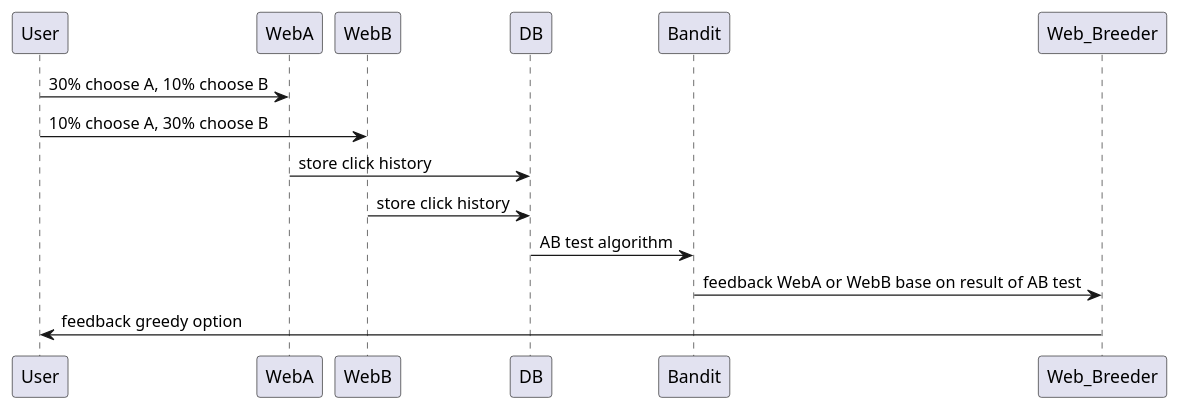
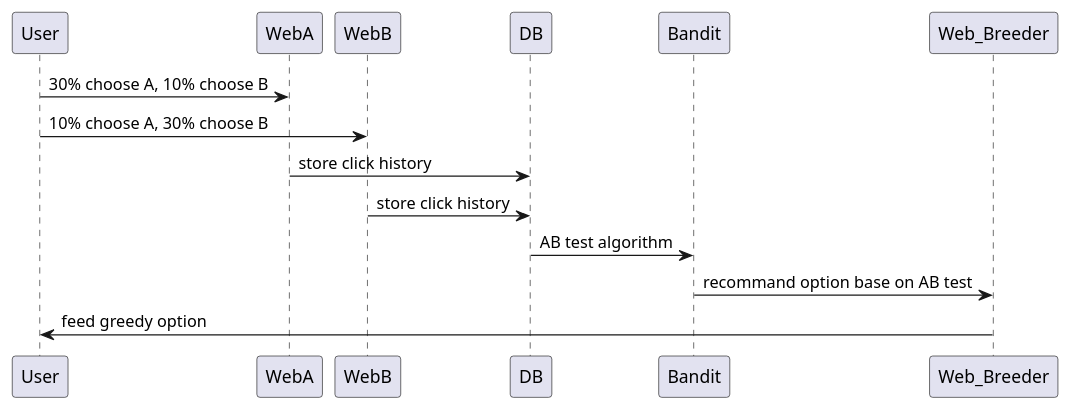
The diagram in 20220504_homework/README.md (blankaII/my_bandit_test), drawn with PlantUML before and after one commit. The commit also changed other lines of this file, not shown here.

```diff
--- a/20220504_homework/README.md
+++ b/20220504_homework/README.md
@@ -34,9 +33,9 @@
 @startuml
 User -> WebA : 30% choose A, 10% choose B
 User -> WebB : 10% choose A, 30% choose B
 WebA -> DB : store click history
 WebB -> DB : store click history
 DB -> Bandit : AB test algorithm
-Bandit -> Web_Breeder : feedback WebA or WebB base on result of AB test
-Web_Breeder -> User : feedback greedy option
+Bandit -> Web_Breeder : recommand option base on AB test
+Web_Breeder -> User : feed greedy option
 @enduml
```
